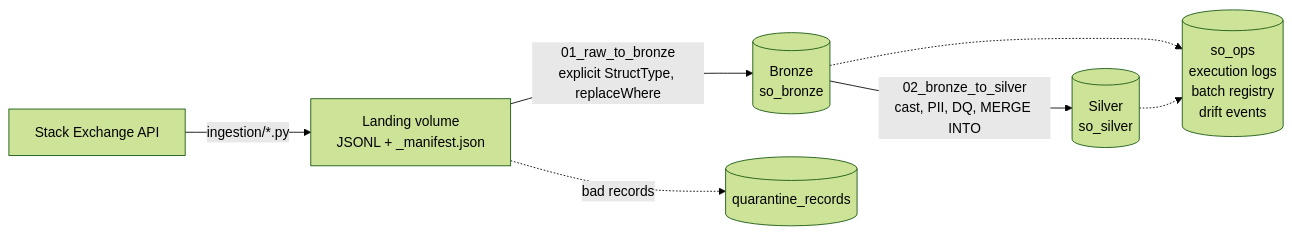
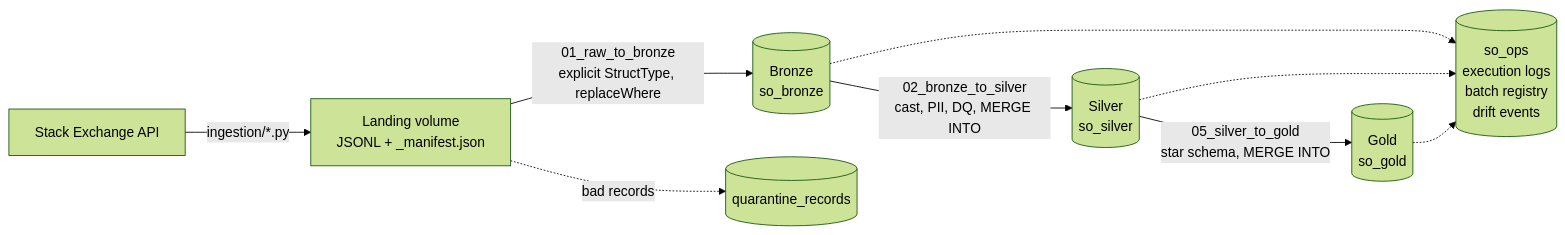
Before and after one commit to Suf-7/stackoverflow-lakehouse: the diagram in README.md, drawn with Mermaid (forest theme). The commit also changed other lines of this file and 13 other files, not shown here.

Commit message:
Add the Gold star schema and refresh it after Silver.

````diff
--- a/README.md
+++ b/README.md
@@ -16,9 +17,11 @@
 ```mermaid
 flowchart LR
     API[Stack Exchange API] -->|ingestion/*.py| L[Landing volume<br/>JSONL + _manifest.json]
     L -->|01_raw_to_bronze<br/>explicit StructType, replaceWhere| B[(Bronze<br/>so_bronze)]
     L -.->|bad records| Q[(quarantine_records)]
     B -->|02_bronze_to_silver<br/>cast, PII, DQ, MERGE INTO| S[(Silver<br/>so_silver)]
+    S -->|05_silver_to_gold<br/>star schema, MERGE INTO| G[(Gold<br/>so_gold)]
     B -.-> O[(so_ops<br/>execution logs<br/>batch registry<br/>drift events)]
     S -.-> O
+    G -.-> O
 ```
````
